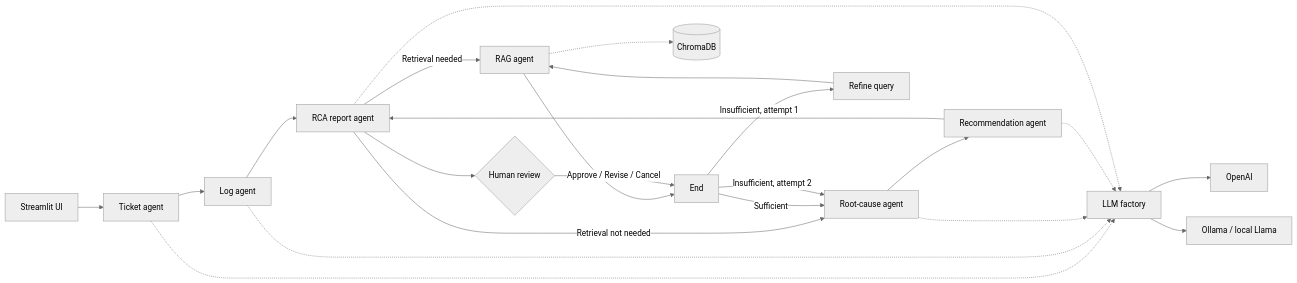
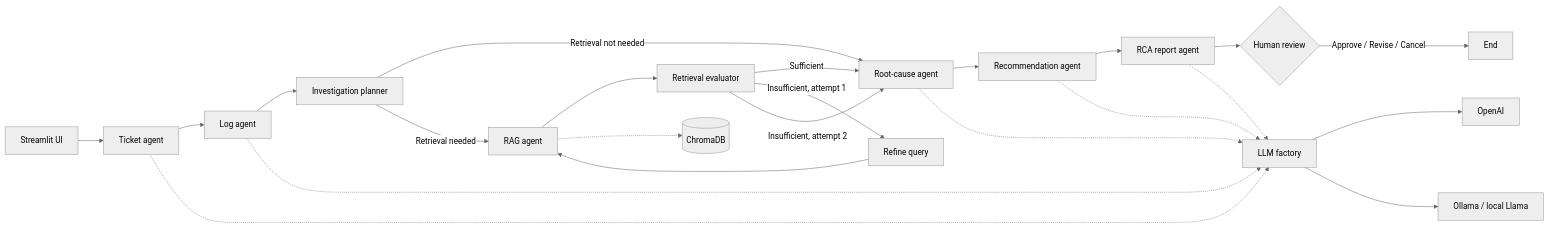
One commit to sp2005/deep-agent-support-assistant changed the diagram in README.md. Above: the diagram before and after it, drawn with Mermaid (neutral theme). The commit also changed other lines of this file and 4 other files, not shown here.

````diff
--- a/README.md
+++ b/README.md
@@ -32,25 +32,25 @@
 ```mermaid
 flowchart LR
     UI[Streamlit UI] --> T[Ticket agent]
     T --> L[Log agent]
-    L --> P[Investigation planner]
-    P -->|Retrieval not needed| D[Root-cause agent]
-    P -->|Retrieval needed| R[RAG agent]
-    R --> E[Retrieval evaluator]
-    E -->|Sufficient| D
-    E -->|Insufficient, attempt 1| F[Refine query]
-    F --> R
-    E -->|Insufficient, attempt 2| D
-    D --> A[Recommendation agent]
-    A --> P[RCA report agent]
-    P --> H{Human review}
-    H -->|Approve / Revise / Cancel| E[End]
+    L --> PL[Investigation planner]
+    PL -->|Retrieval not needed| D[Root-cause agent]
+    PL -->|Retrieval needed| R[RAG agent]
+    R --> EV[Retrieval evaluator]
+    EV -->|Sufficient| D
+    EV -->|Insufficient, attempt 1| RF[Refine query]
+    RF --> R
+    EV -->|Insufficient, attempt 2| D
+    D --> RC[Recommendation agent]
+    RC --> RP[RCA report agent]
+    RP --> H{Human review}
+    H -->|Approve / Revise / Cancel| END[End]
     R -.-> C[(ChromaDB)]
     T -.-> M[LLM factory]
     L -.-> M
     D -.-> M
-    A -.-> M
-    P -.-> M
+    RC -.-> M
+    RP -.-> M
     M --> O[OpenAI]
     M --> Q[Ollama / local Llama]
 ```
````
